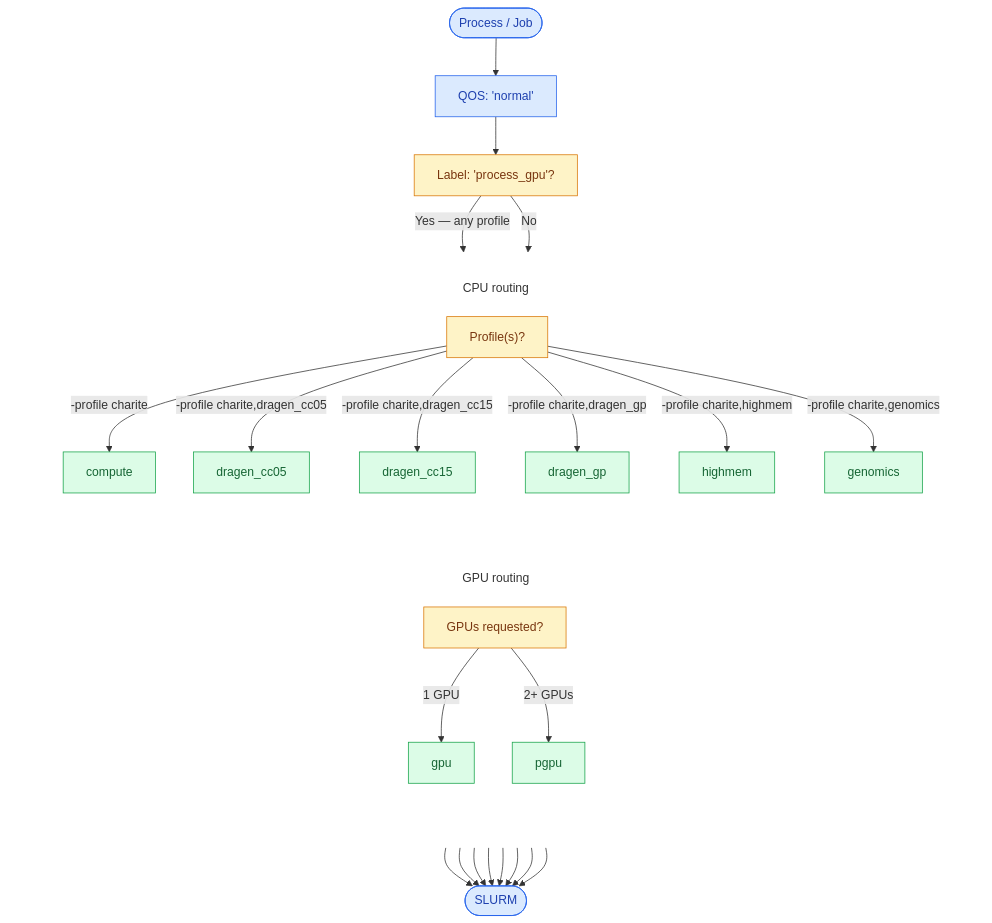
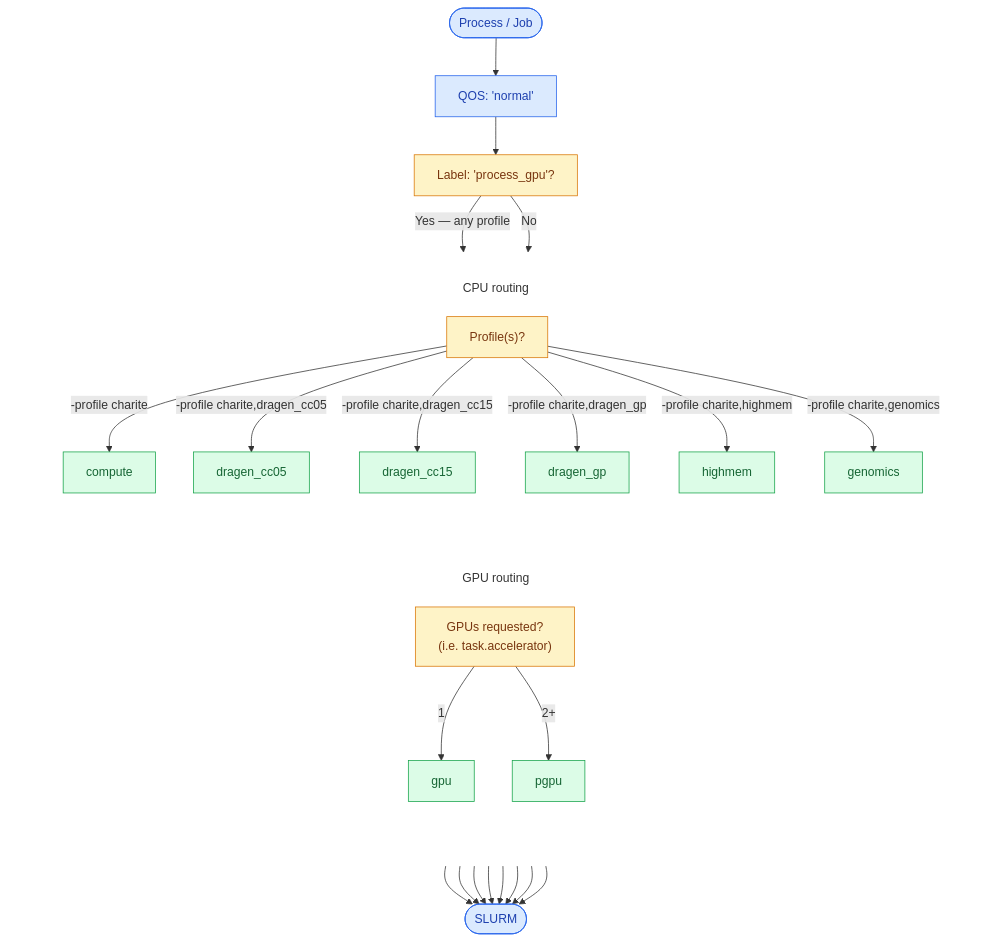
The second of 2 diagrams in docs/charite.md (ScientificComputingCharite/configs), drawn with Mermaid before and after one commit. The commit also changed other lines of this file, not shown here.

````diff
--- a/docs/charite.md
+++ b/docs/charite.md
@@ -427,69 +432,74 @@
 ```mermaid
+---
+config:
+  flowchart:
+    wrappingWidth: 1000
+---
 flowchart TB
     A(["Process / Job"])
     Q["QOS: 'normal'"]
     B["Label: 'process_gpu'?"]
 
     A --> Q --> B
 
     subgraph ROUTING[" "]
         direction LR
 
         subgraph GPU["GPU routing"]
             direction TB
-            C["GPUs requested?"]
+            C["GPUs requested?\n (i.e. task.accelerator)"]
             D["gpu"]
             E["pgpu"]
 
-            C -->|"1 GPU"| D
-            C -->|"2+ GPUs"| E
+            C -->|"1"| D
+            C -->|"2+"| E
         end
 
         subgraph CPU["CPU routing"]
             direction TB
             F["Profile(s)?"]
 
             G["compute"]
             H["dragen_cc05"]
             I["dragen_cc15"]
             J["dragen_gp"]
             K["highmem"]
             L["genomics"]
 
             F -->|"-profile charite"| G
             F -->|"-profile charite,dragen_cc05"| H
             F -->|"-profile charite,dragen_cc15"| I
             F -->|"-profile charite,dragen_gp"| J
             F -->|"-profile charite,highmem"| K
             F -->|"-profile charite,genomics"| L
         end
     end
 
     B -->|"Yes — any profile"| C
     B -->|"No"| F
 
     D --> N(["SLURM"])
     E --> N
     G --> N
     H --> N
     I --> N
     J --> N
     K --> N
     L --> N
 
     classDef start fill:#dbeafe,stroke:#2563eb,color:#1e40af
     classDef gpu fill:#dcfce7,stroke:#16a34a,color:#166534
     classDef cpu fill:#dcfce7,stroke:#16a34a,color:#166534
     classDef decision fill:#fef3c7,stroke:#d97706,color:#78350f
     classDef qos fill:#dbeafe,stroke:#2563eb,color:#1e40af
 
     class A,N start
     class Q qos
     class D,E gpu
     class G,H,I,J,K,L cpu
     class B,C,F decision
 
     style ROUTING fill:none,stroke:none
     style GPU fill:none,stroke:none
     style CPU fill:none,stroke:none
 ```
````
